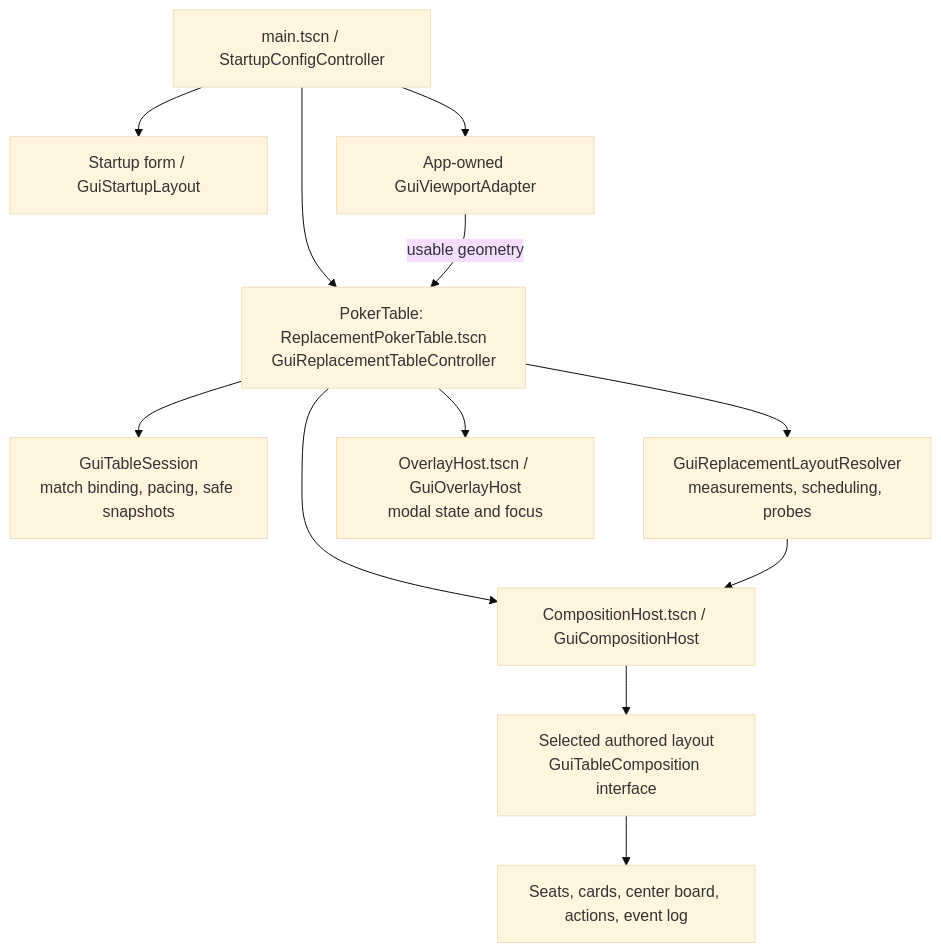
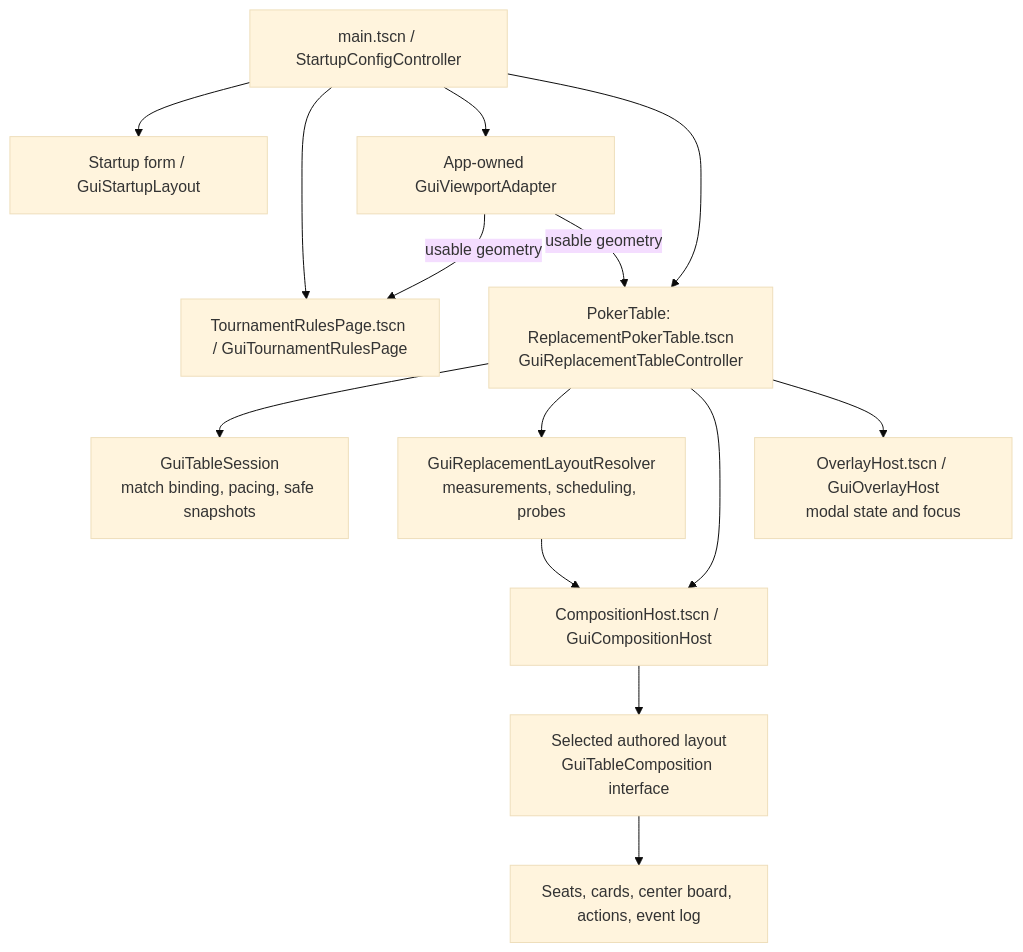
The first of 3 diagrams in devdocs/reference/gui-composition.md (rofferdal/pokahdot), drawn with Mermaid (base theme) before and after one commit. The commit also changed other lines of this file and 35 other files, not shown here.

````diff
--- a/devdocs/reference/gui-composition.md
+++ b/devdocs/reference/gui-composition.md
@@ -25,24 +36,27 @@
 ```mermaid
 flowchart TD
     Main["main.tscn / StartupConfigController"]
     Start["Startup form / GuiStartupLayout"]
+    Rules["TournamentRulesPage.tscn / GuiTournamentRulesPage"]
     Viewport["App-owned GuiViewportAdapter"]
     Table["PokerTable: ReplacementPokerTable.tscn<br/>GuiReplacementTableController"]
     Session["GuiTableSession<br/>match binding, pacing, safe snapshots"]
     Resolver["GuiReplacementLayoutResolver<br/>measurements, scheduling, probes"]
     Host["CompositionHost.tscn / GuiCompositionHost"]
     Layout["Selected authored layout<br/>GuiTableComposition interface"]
     Components["Seats, cards, center board, actions, event log"]
     Overlay["OverlayHost.tscn / GuiOverlayHost<br/>modal state and focus"]
     Main --> Start
+    Main --> Rules
+    Viewport -->|usable geometry| Rules
     Main --> Viewport
     Main --> Table
     Viewport -->|usable geometry| Table
     Table --> Session
     Table --> Resolver
     Table --> Host
     Table --> Overlay
     Resolver --> Host
     Host --> Layout
     Layout --> Components
 ```
````
